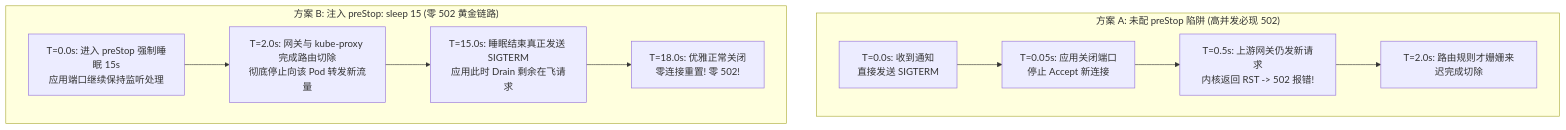
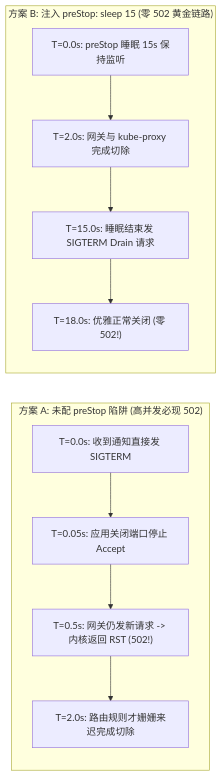
One commit to MoreConsequence/MoreConsequence.github.io changed the third of 7 diagrams in content/posts/kubernetes-internals/k8s-10-production-ha-cluster-graceful-shutdown-troubleshooting.md. Above: the diagram before and after it, drawn with Mermaid. The commit also changed other lines of this file and 835 other files, not shown here.

First line of the commit message:
feat(blog): 全站33篇新增深度专栏与博文全量审核上线及矢量图表优化

````diff
--- a/content/posts/kubernetes-internals/k8s-10-production-ha-cluster-graceful-shutdown-troubleshooting.md
+++ b/content/posts/kubernetes-internals/k8s-10-production-ha-cluster-graceful-shutdown-troubleshooting.md
@@ -136,12 +130,16 @@
 ```mermaid
-flowchart TB
+flowchart LR
     subgraph WithoutPreStop["方案 A: 未配 preStop 陷阱 (高并发必现 502)"]
-        direction LR
-        T0A["T=0.0s: 收到通知<br/>直接发送 SIGTERM"] --> T01A["T=0.05s: 应用关闭端口<br/>停止 Accept 新连接"] --> T05A["T=0.5s: 上游网关仍发新请求<br/>内核返回 RST -> 502 报错!"] --> T20A["T=2.0s: 路由规则才姗姗来迟完成切除"]
+        direction TB
+        T0A["T=0.0s: 收到通知直接发 SIGTERM"] --> T01A["T=0.05s: 应用关闭端口停止 Accept"]
+        T01A --> T05A["T=0.5s: 网关仍发新请求 -> 内核返回 RST (502!)"]
+        T05A --> T20A["T=2.0s: 路由规则才姗姗来迟完成切除"]
     end
 
     subgraph WithPreStop["方案 B: 注入 preStop: sleep 15 (零 502 黄金链路)"]
-        direction LR
-        T0B["T=0.0s: 进入 preStop 强制睡眠 15s<br/>应用端口继续保持监听处理"] --> T20B["T=2.0s: 网关与 kube-proxy 完成路由切除<br/>彻底停止向该 Pod 转发新流量"] --> T15B["T=15.0s: 睡眠结束真正发送 SIGTERM<br/>应用此时 Drain 剩余在飞请求"] --> T18B["T=18.0s: 优雅正常关闭<br/>零连接重置! 零 502!"]
+        direction TB
+        T0B["T=0.0s: preStop 睡眠 15s 保持监听"] --> T20B["T=2.0s: 网关与 kube-proxy 完成切除"]
+        T20B --> T15B["T=15.0s: 睡眠结束发 SIGTERM Drain 请求"]
+        T15B --> T18B["T=18.0s: 优雅正常关闭 (零 502!)"]
     end
 ```
````
